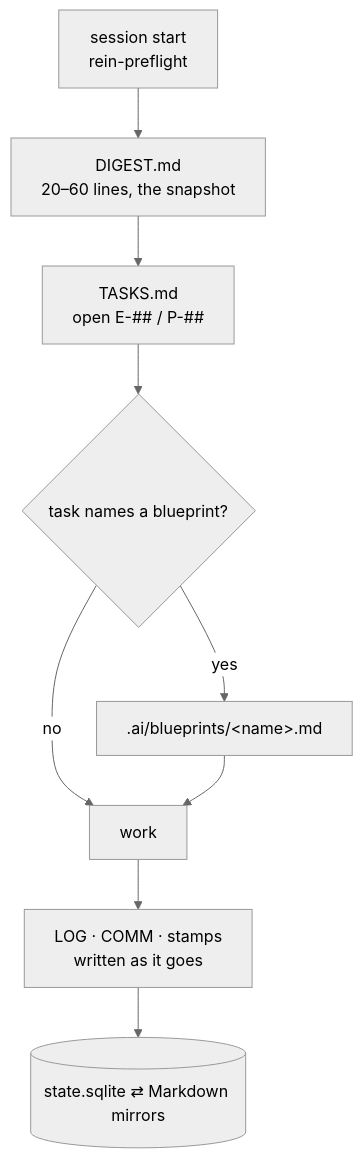
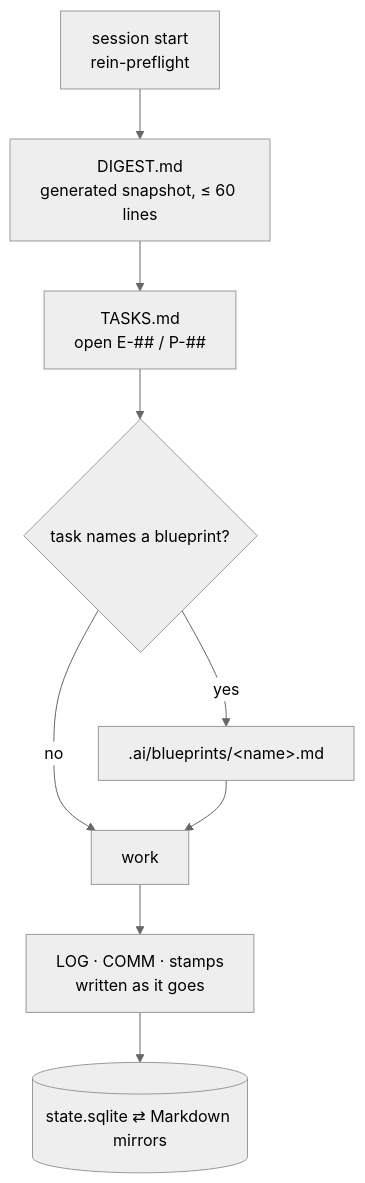
One commit to Vimurai/rein changed the second of 3 diagrams in docs/how-it-works.md. Above: the diagram before and after it, drawn with Mermaid (neutral theme). The commit also changed other lines of this file and 35 other files, not shown here.

First line of the commit message:
[TIER_2] feat(digest): E-430 digest rebuilt at session start and handover; model-written path removed

````diff
--- a/docs/how-it-works.md
+++ b/docs/how-it-works.md
@@ -74,11 +74,11 @@
 ```mermaid
 flowchart TD
-    S["session start<br/>rein-preflight"] --> D["DIGEST.md<br/>20–60 lines, the snapshot"]
+    S["session start<br/>rein-preflight"] --> D["DIGEST.md<br/>generated snapshot, ≤ 60 lines"]
     D --> T["TASKS.md<br/>open E-## / P-##"]
     T --> B{"task names a blueprint?"}
     B -->|yes| BP[".ai/blueprints/&lt;name&gt;.md"]
     B -->|no| W["work"]
     BP --> W
     W --> L["LOG · COMM · stamps<br/>written as it goes"]
     L --> M[("state.sqlite ⇄ Markdown mirrors")]
 ```
````
